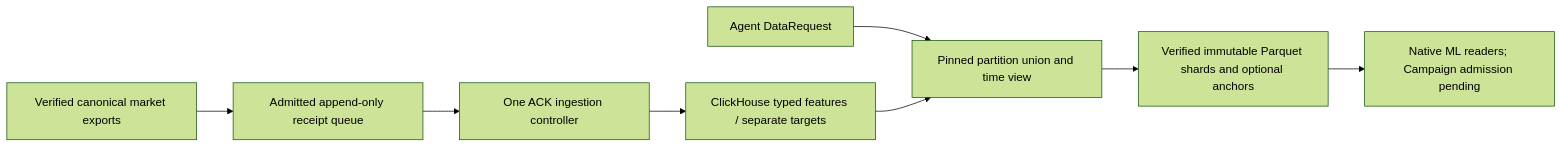
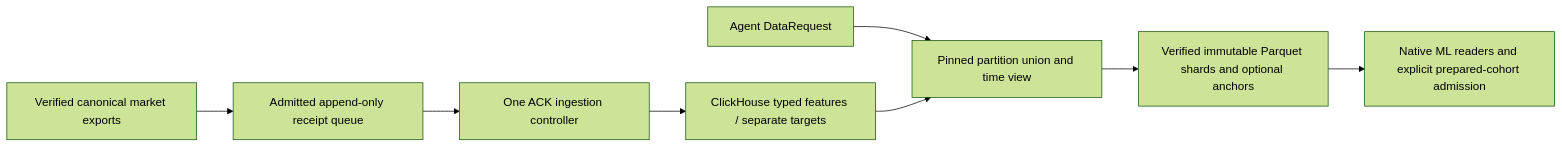
Before and after one commit to proerror77/monday: the diagram in docs/research/RESEARCH_DATA_SERVICE.md, drawn with Mermaid (forest theme). The commit also changed other lines of this file and 11 other files, not shown here.

Commit message:
feat(research): bind prepared data to native Campaign and publication receipts

````diff
--- a/docs/research/RESEARCH_DATA_SERVICE.md
+++ b/docs/research/RESEARCH_DATA_SERVICE.md
@@ -11,10 +11,10 @@
 ```mermaid
 flowchart LR
     C[Verified canonical market exports] --> Q[Admitted append-only receipt queue]
     Q --> I[One ACK ingestion controller]
     I --> H[ClickHouse typed features / separate targets]
     A[Agent DataRequest] --> V[Pinned partition union and time view]
     H --> V
     V --> P[Verified immutable Parquet shards and optional anchors]
-    P --> M[Native ML readers; Campaign admission pending]
+    P --> M[Native ML readers and explicit prepared-cohort admission]
 ```
````
